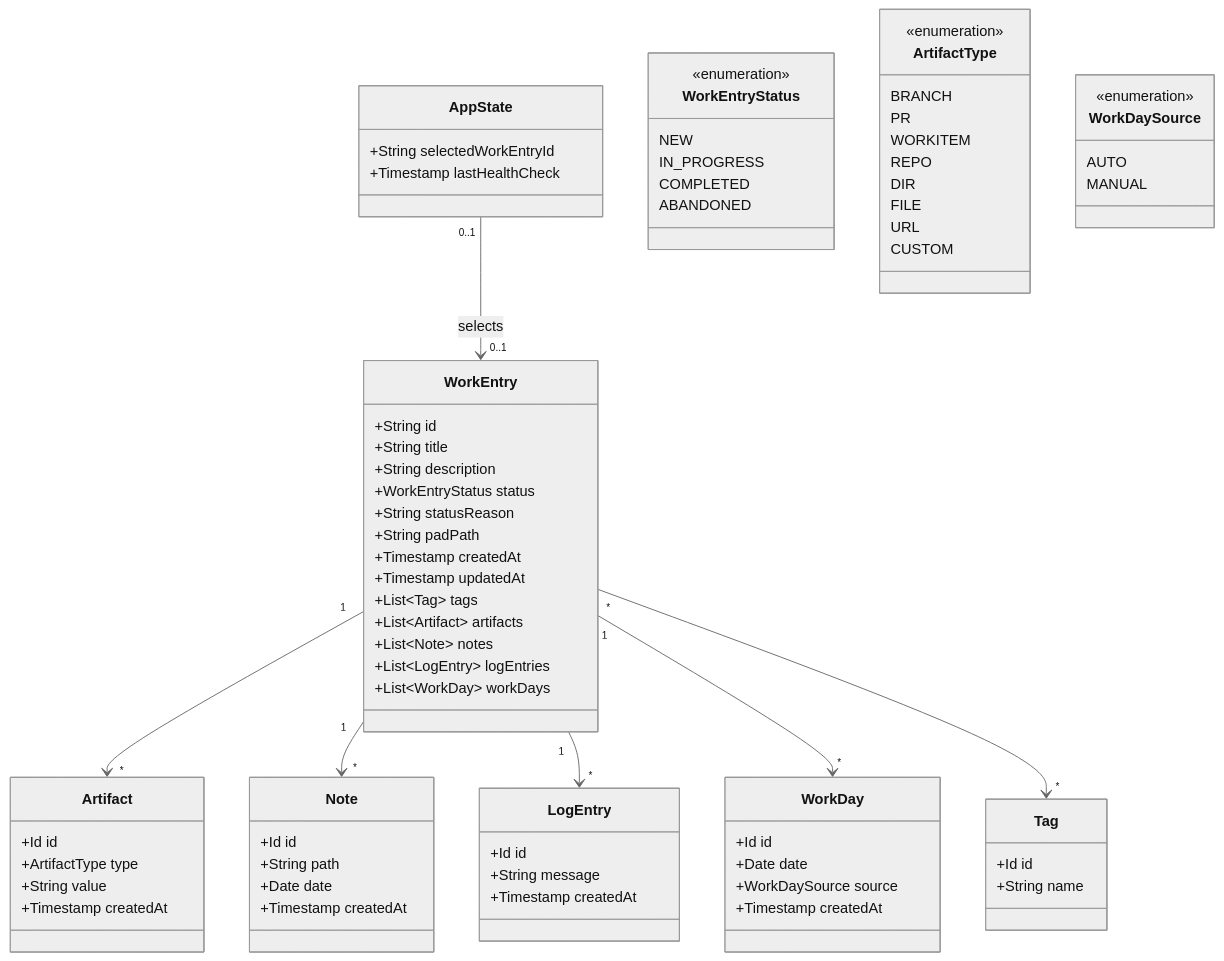
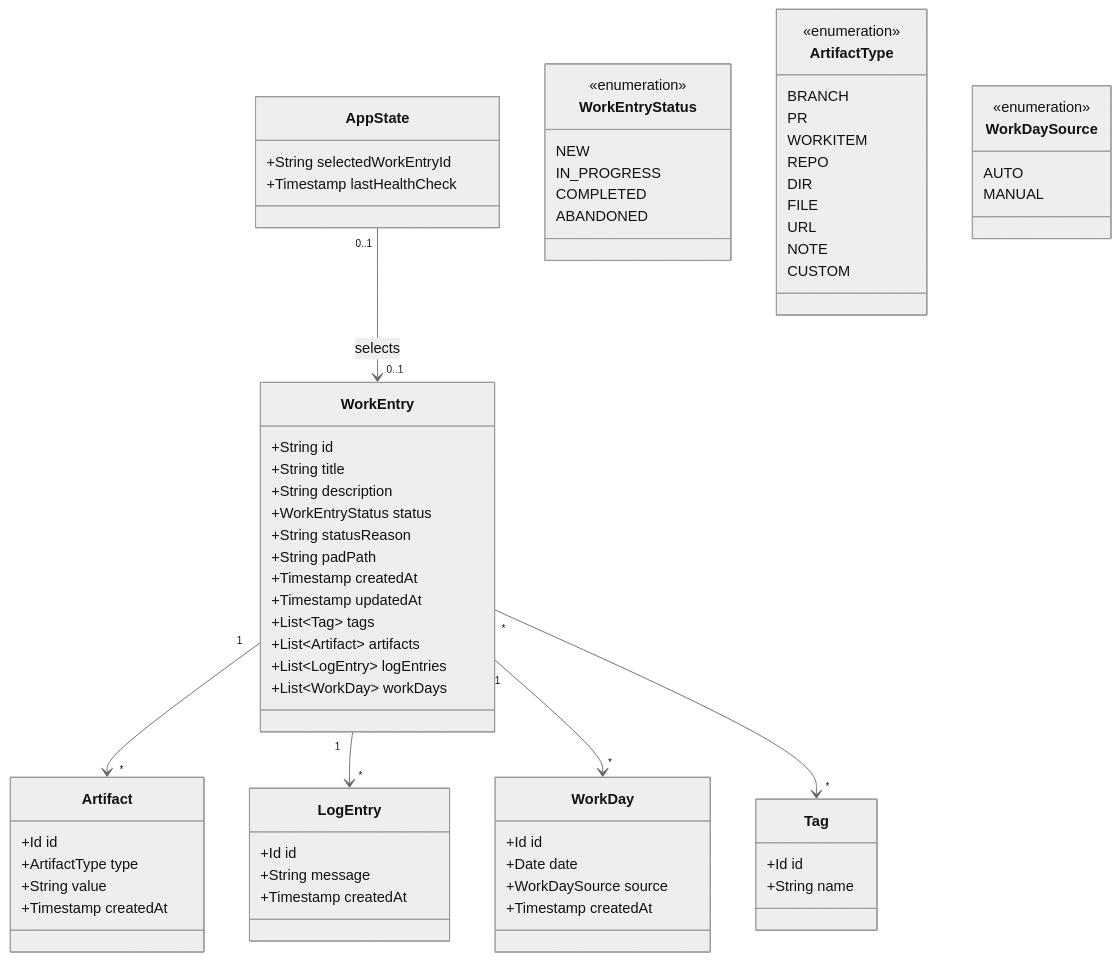
The second of 2 diagrams in docs/DATA_MODEL.md (lydietoure/orbit), drawn with Mermaid (neutral theme) before and after one commit. The commit also changed other lines of this file and 16 other files, not shown here.

```diff
--- a/docs/DATA_MODEL.md
+++ b/docs/DATA_MODEL.md
@@ -121,7 +111,6 @@
         +Timestamp updatedAt
         +List~Tag~ tags
         +List~Artifact~ artifacts
-        +List~Note~ notes
         +List~LogEntry~ logEntries
         +List~WorkDay~ workDays
     }
@@ -135,13 +124,6 @@
         +Id id
         +ArtifactType type
         +String value
-        +Timestamp createdAt
-    }
-
-    class Note {
-        +Id id
-        +String path
-        +Date date
         +Timestamp createdAt
     }
 
@@ -180,6 +162,7 @@
         DIR
         FILE
         URL
+        NOTE
         CUSTOM
     }
 
@@ -190,7 +173,6 @@
     }
 
     WorkEntry "1" --> "*" Artifact
-    WorkEntry "1" --> "*" Note
     WorkEntry "1" --> "*" LogEntry
     WorkEntry "1" --> "*" WorkDay
     WorkEntry "*" --> "*" Tag
```
